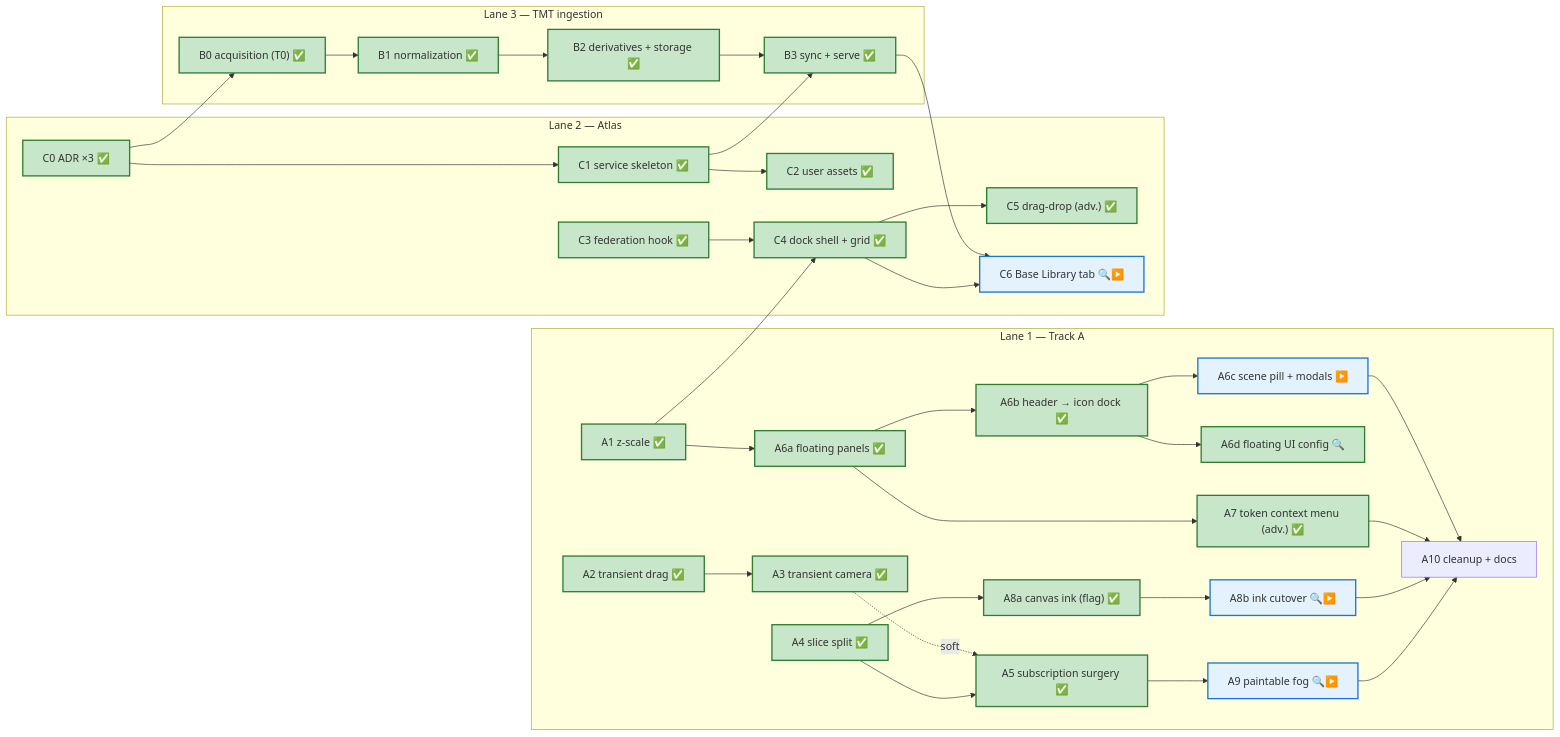
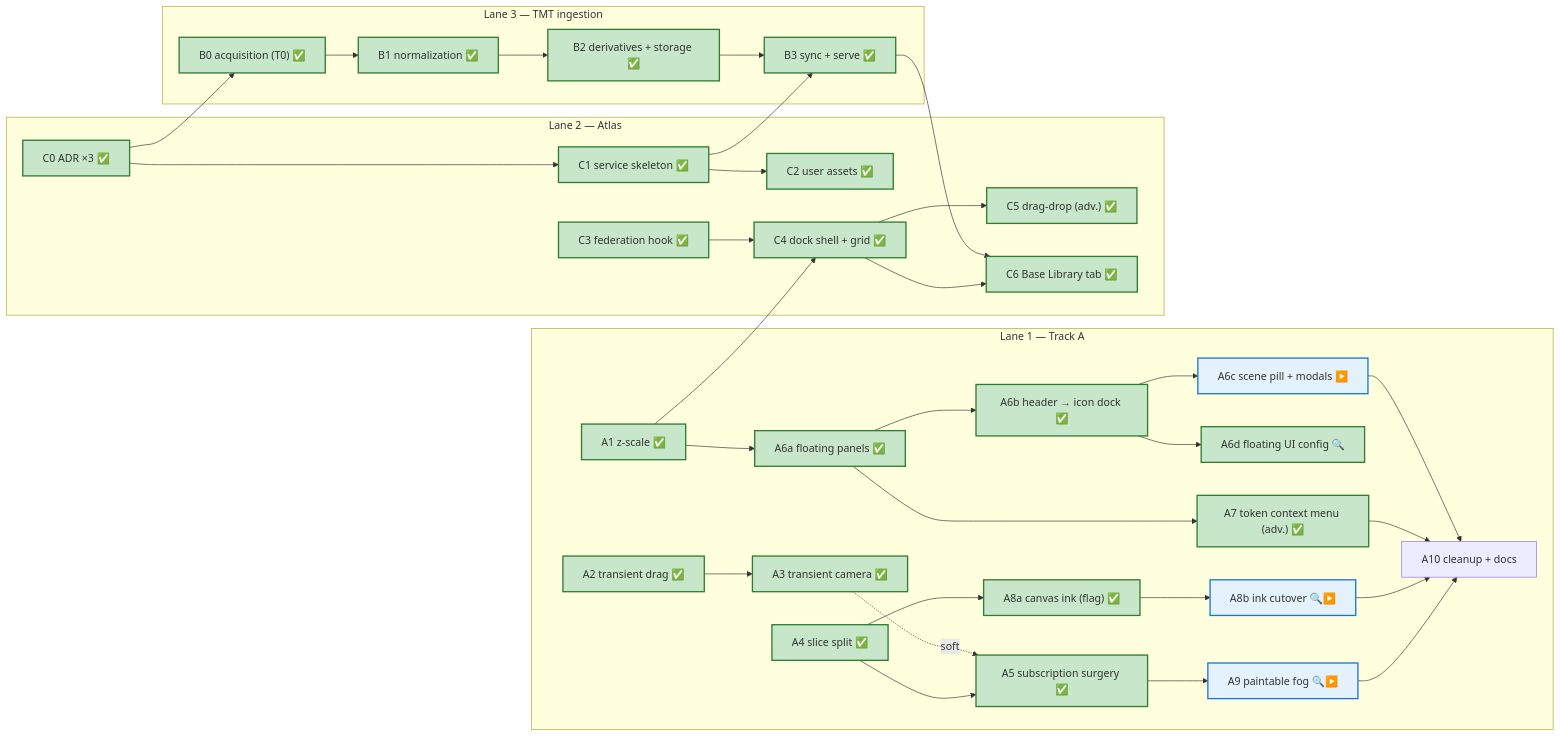
The diagram in docs/roadmap/ROADMAP.md (joelmale/nexusVTT), drawn with Mermaid before and after one commit. The commit also changed 1 other file, not shown here.

Commit message:
chore(roadmap): C6 done — Track C complete (Atlas fully shipped)

````diff
--- a/docs/roadmap/ROADMAP.md
+++ b/docs/roadmap/ROADMAP.md
@@ -40,59 +40,59 @@
 ```mermaid
 flowchart LR
   classDef gate stroke:#e11,stroke-width:3px
   classDef adr fill:#f4e8ff,stroke:#95f
   classDef done fill:#c8e6c9,stroke:#2e7d32,stroke-width:2px
   classDef ready fill:#e3f2fd,stroke:#1976d2,stroke-width:2px
 
   subgraph LaneA["Lane 1 — Track A"]
     A1["A1 z-scale ✅"]:::done
     A2["A2 transient drag ✅"]:::done
     A3["A3 transient camera ✅"]:::done
     A4["A4 slice split ✅"]:::done
     A5["A5 subscription surgery ✅"]:::done
     A6a["A6a floating panels ✅"]:::done
     A6b["A6b header → icon dock ✅"]:::done
     A6c["A6c scene pill + modals ▶️"]:::ready
     A6d["A6d floating UI config 🔍"]:::done
     A7["A7 token context menu (adv.) ✅"]:::done
     A8a["A8a canvas ink (flag) ✅"]:::done
     A8b["A8b ink cutover 🔍▶️"]:::ready
     A9["A9 paintable fog 🔍▶️"]:::ready
     A10["A10 cleanup + docs"]
   end
 
   subgraph LaneC["Lane 2 — Atlas"]
     C0["C0 ADR ×3 ✅"]:::done
     C1["C1 service skeleton ✅"]:::done
     C2["C2 user assets ✅"]:::done
     C3["C3 federation hook ✅"]:::done
     C4["C4 dock shell + grid ✅"]:::done
     C5["C5 drag-drop (adv.) ✅"]:::done
-    C6["C6 Base Library tab 🔍▶️"]:::ready
+    C6["C6 Base Library tab ✅"]:::done
   end
 
   subgraph LaneB["Lane 3 — TMT ingestion"]
     B0["B0 acquisition (T0) ✅"]:::done
     B1["B1 normalization ✅"]:::done
     B2["B2 derivatives + storage ✅"]:::done
     B3["B3 sync + serve ✅"]:::done
   end
 
   A2 --> A3
   A3 -.soft.-> A5
   A4 --> A5
   A1 --> A6a --> A6b --> A6c
   A6b --> A6d
   A6a --> A7
   A4 --> A8a --> A8b
   A5 --> A9
   A6c & A7 & A8b & A9 --> A10
 
   C0 --> C1 --> C2
   C0 --> B0 --> B1 --> B2 --> B3
   C1 --> B3
   C3 --> C4 --> C5
   A1 --> C4
   B3 --> C6
   C4 --> C6
 ```
````
